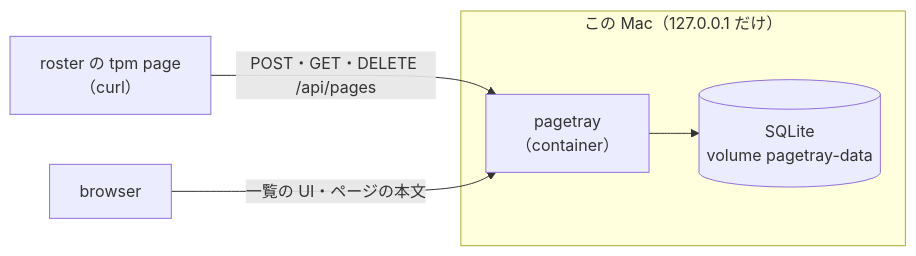
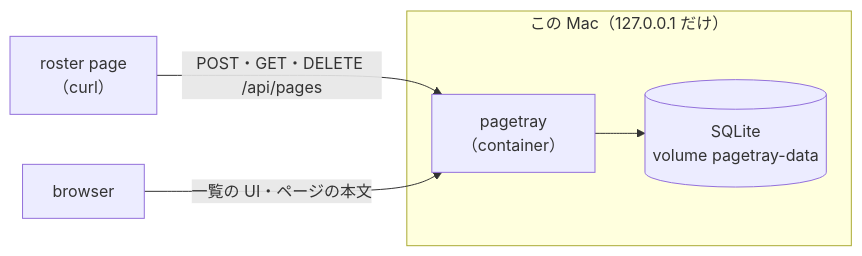
The diagram in docs/src/index.md (uraitakahito/pagetray), drawn with Mermaid before and after one commit. The commit also changed other lines of this file and 14 other files, not shown here.

````diff
--- a/docs/src/index.md
+++ b/docs/src/index.md
@@ -6,8 +6,8 @@
 ```mermaid
 flowchart LR
-  tpm["roster の tpm page<br>（curl）"] -->|"POST・GET・DELETE /api/pages"| srv
+  roster["roster page<br>（curl）"] -->|"POST・GET・DELETE /api/pages"| srv
   browser["browser"] -->|"一覧の UI・ページの本文"| srv
   subgraph mac["この Mac（127.0.0.1 だけ）"]
     srv["pagetray<br>（container）"] --> db[("SQLite<br>volume pagetray-data")]
   end
 ```
````
